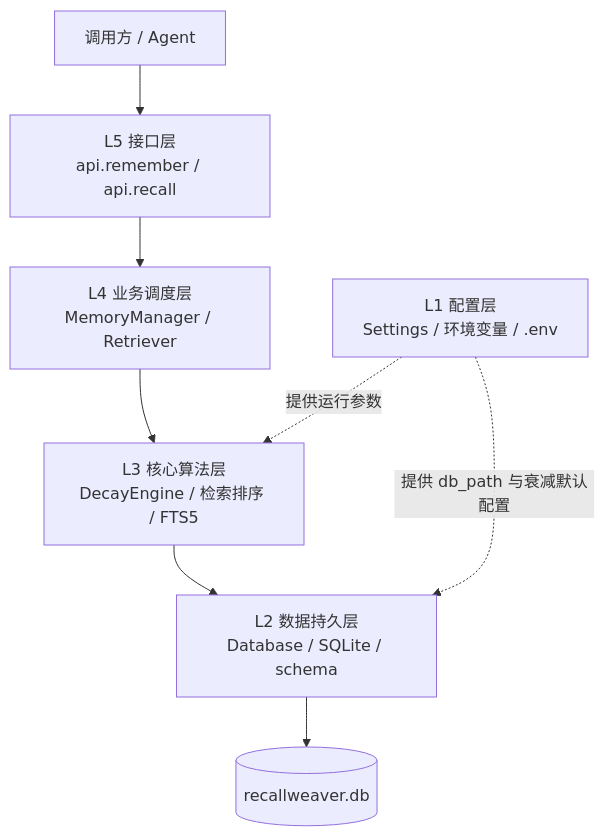
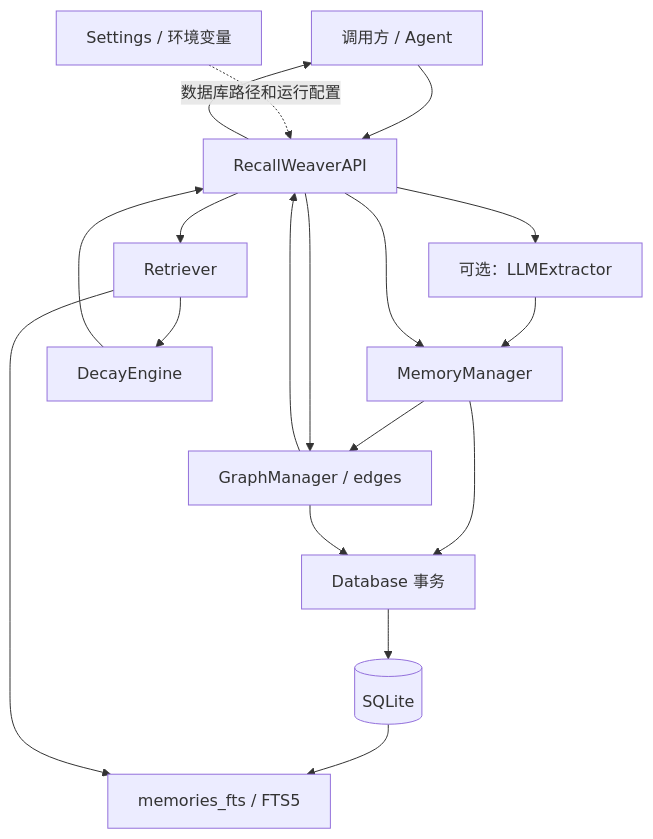
Before and after one commit to gaoweimax/recallweaver: the first of 3 diagrams in docs/architecture.md, drawn with Mermaid. The commit also changed other lines of this file and 4 other files, not shown here.

````diff
--- a/docs/architecture.md
+++ b/docs/architecture.md
@@ -7,14 +7,20 @@
 ```mermaid
 flowchart TB
-    U[调用方 / Agent]
-    L5[L5 接口层<br/>api.remember / api.recall]
-    L4[L4 业务调度层<br/>MemoryManager / Retriever]
-    L3[L3 核心算法层<br/>DecayEngine / 检索排序 / FTS5]
-    L2[L2 数据持久层<br/>Database / SQLite / schema]
-    L1[L1 配置层<br/>Settings / 环境变量 / .env]
-    DB[(recallweaver.db)]
-
-    U --> L5 --> L4 --> L3 --> L2 --> DB
-    L1 -. 提供 db_path 与衰减默认配置 .-> L2
-    L1 -. 提供运行参数 .-> L3
+    U[调用方 / Agent] --> API[RecallWeaverAPI]
+    API --> EX[可选：LLMExtractor]
+    EX --> MM[MemoryManager]
+    API --> MM
+    MM --> GRAPH[GraphManager / edges]
+    MM --> DB[Database 事务]
+    GRAPH --> DB
+    DB --> SQLITE[(SQLite)]
+    SQLITE --> FTS[memories_fts / FTS5]
+    API --> RET[Retriever]
+    RET --> FTS
+    RET --> DECAY[DecayEngine]
+    API --> GRAPH
+    GRAPH --> API
+    DECAY --> API
+    API --> U
+    CFG[Settings / 环境变量] -. 数据库路径和运行配置 .-> API
 ```
````
